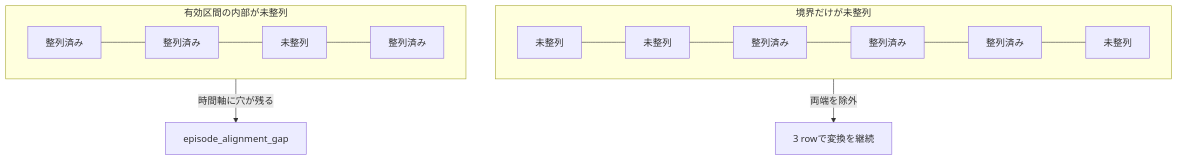
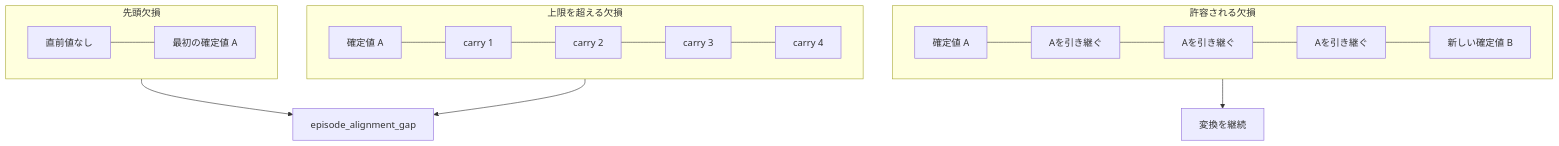
The ninth of 11 diagrams in src/streaming/fv_lerobot_exporter/docs/lerobot_dataset_export.md (takatronix/fluent_vision_ros2), drawn with Mermaid before and after one commit. The commit also changed other lines of this file and 21 other files, not shown here.

````diff
--- a/src/streaming/fv_lerobot_exporter/docs/lerobot_dataset_export.md
+++ b/src/streaming/fv_lerobot_exporter/docs/lerobot_dataset_export.md
@@ -449,13 +596,18 @@
 ```mermaid
 flowchart TB
-    subgraph BOUNDARY["境界だけが未整列"]
-        B0["未整列"] --- B1["未整列"] --- B2["整列済み"] --- B3["整列済み"] --- B4["整列済み"] --- B5["未整列"]
+    subgraph OK["許容される欠損"]
+        O0["確定値 A"] --- O1["Aを引き継ぐ"] --- O2["Aを引き継ぐ"] --- O3["Aを引き継ぐ"] --- O4["新しい確定値 B"]
     end
 
-    subgraph INTERIOR["有効区間の内部が未整列"]
-        G0["整列済み"] --- G1["整列済み"] --- G2["未整列"] --- G3["整列済み"]
+    subgraph LEADING["先頭欠損"]
+        L0["直前値なし"] --- L1["最初の確定値 A"]
     end
 
-    BOUNDARY -->|"両端を除外"| OK["3 rowで変換を継続"]
-    INTERIOR -->|"時間軸に穴が残る"| NG["episode_alignment_gap"]
+    subgraph LONG["上限を超える欠損"]
+        G0["確定値 A"] --- G1["carry 1"] --- G2["carry 2"] --- G3["carry 3"] --- G4["carry 4"]
+    end
+
+    OK --> CONTINUE["変換を継続"]
+    LEADING --> ERROR["episode_alignment_gap"]
+    LONG --> ERROR
 ```
````
